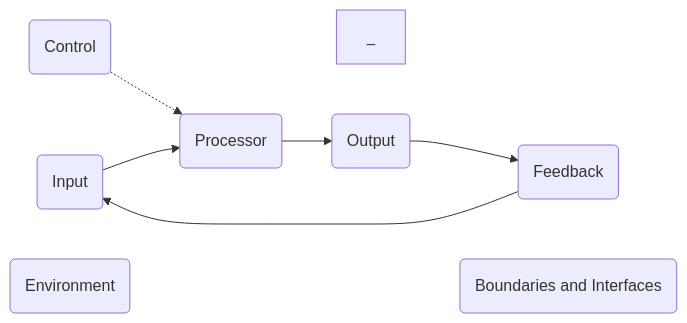
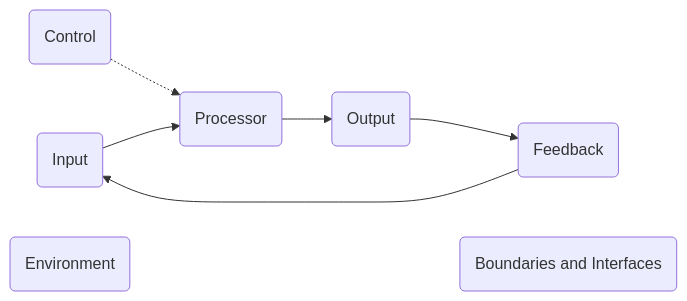
Before and after one commit to kylehue/reviewers: the first of 2 diagrams in subjects/cs301/index.md, drawn with Mermaid.

Commit message:
update(cs301): fix hidden node in graph

````diff
--- a/subjects/cs301/index.md
+++ b/subjects/cs301/index.md
@@ -200,16 +200,18 @@
 ```mermaid
 graph LR
    I(<span class="spoiler">Input</span>)
    B(<span class="spoiler">Processor</span>)
    O(<span class="spoiler">Output</span>)
    A(<span class="spoiler">Control</span>)
    F(<span class="spoiler">Feedback</span>)
    X(<span class="spoiler">Environment</span>)
    Y(<span class="spoiler">Boundaries and Interfaces</span>)
    
-   A ~~~~ _:::hidden
+   A ~~~~ _[ ]
    A -.-> B
    I --> B --> O
    O --> F --> I
    X ~~~~~ Y
+
+   style _ fill:none,stroke:none;
 ```
````
